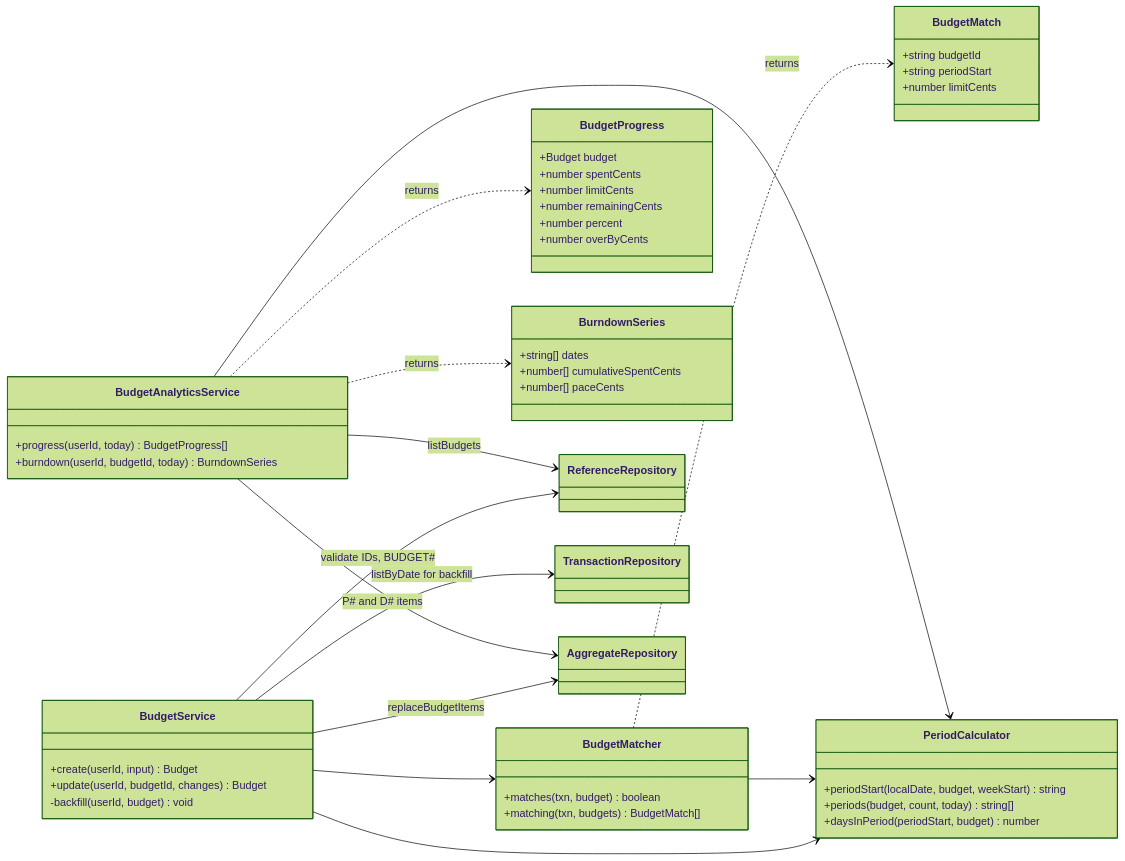
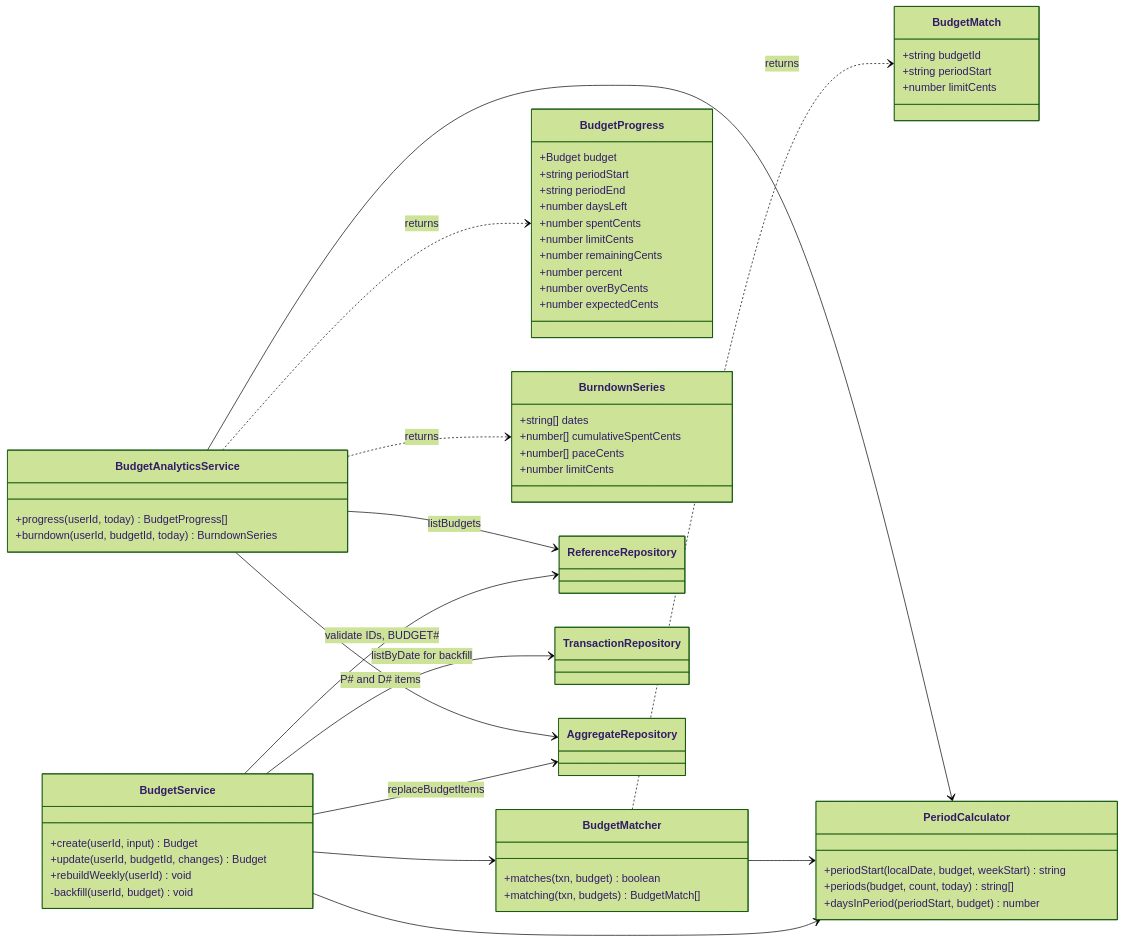
Before and after one commit to Ezequiel294/cs3365-finance-app: diagram 21 of 26 in docs/diagrams/class-diagram.md, drawn with Mermaid (forest theme). The commit also changed other lines of this file and 18 other files, not shown here.

Commit message:
attempt 3 design/architecture changes

````diff
--- a/docs/diagrams/class-diagram.md
+++ b/docs/diagrams/class-diagram.md
@@ -1391,55 +2368,61 @@
 ```mermaid
 classDiagram
     direction LR
     class BudgetService {
         +create(userId, input) Budget
         +update(userId, budgetId, changes) Budget
+        +rebuildWeekly(userId) void
         -backfill(userId, budget) void
     }
     class BudgetMatcher {
         +matches(txn, budget) boolean
         +matching(txn, budgets) BudgetMatch[]
     }
     class BudgetMatch {
         +string budgetId
         +string periodStart
         +number limitCents
     }
     class PeriodCalculator {
         +periodStart(localDate, budget, weekStart) string
         +periods(budget, count, today) string[]
         +daysInPeriod(periodStart, budget) number
     }
     class BudgetAnalyticsService {
         +progress(userId, today) BudgetProgress[]
         +burndown(userId, budgetId, today) BurndownSeries
     }
     class BudgetProgress {
         +Budget budget
+        +string periodStart
+        +string periodEnd
+        +number daysLeft
         +number spentCents
         +number limitCents
         +number remainingCents
         +number percent
         +number overByCents
+        +number expectedCents
     }
     class BurndownSeries {
         +string[] dates
         +number[] cumulativeSpentCents
         +number[] paceCents
+        +number limitCents
     }
     class ReferenceRepository
     class TransactionRepository
     class AggregateRepository
     BudgetService --> ReferenceRepository : validate IDs, BUDGET#
     BudgetService --> TransactionRepository : listByDate for backfill
     BudgetService --> AggregateRepository : replaceBudgetItems
     BudgetService --> BudgetMatcher
     BudgetService --> PeriodCalculator
     BudgetMatcher --> PeriodCalculator
     BudgetMatcher ..> BudgetMatch : returns
     BudgetAnalyticsService --> ReferenceRepository : listBudgets
     BudgetAnalyticsService --> AggregateRepository : P# and D# items
     BudgetAnalyticsService --> PeriodCalculator
     BudgetAnalyticsService ..> BudgetProgress : returns
     BudgetAnalyticsService ..> BurndownSeries : returns
 ```
````
